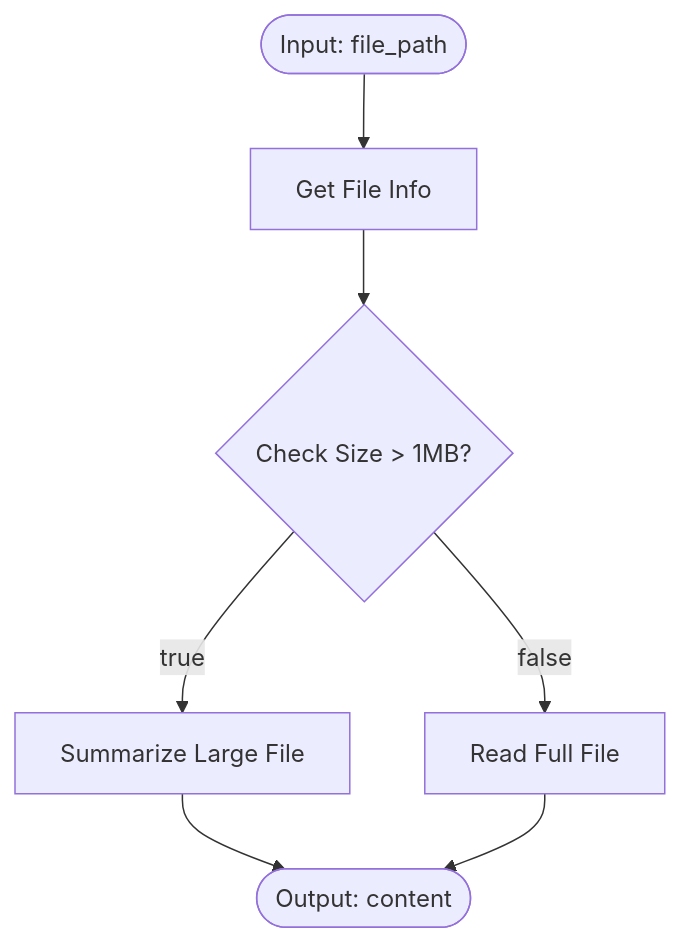
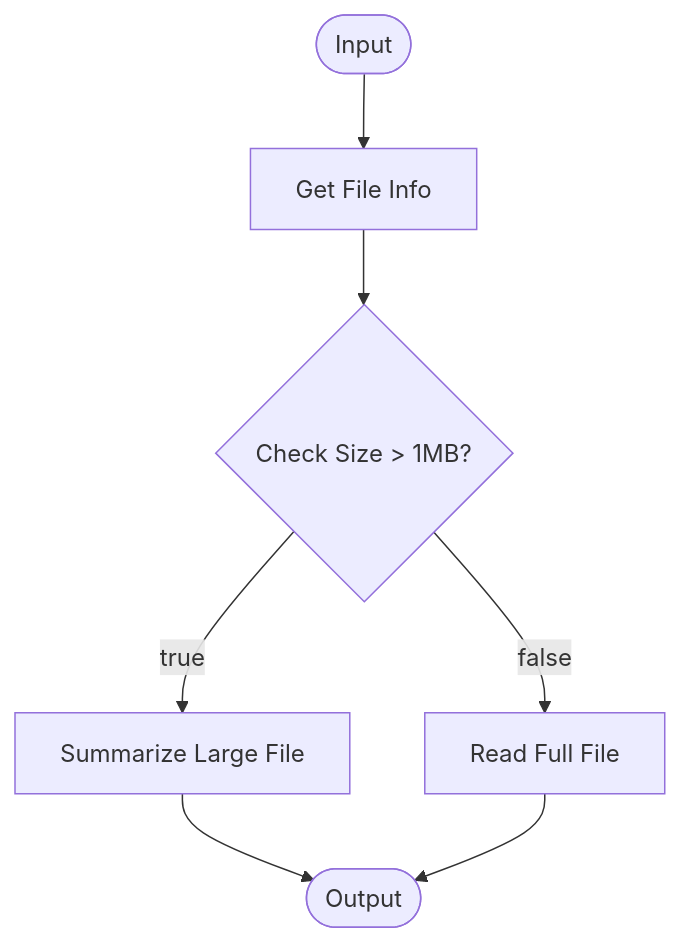
The fourth of 5 diagrams in docs/guides/scheduler.md (AmreetKumarkhuntia/knik), drawn with Mermaid before and after one commit. The commit also changed other lines of this file and 28 other files, not shown here.

````diff
--- a/docs/guides/scheduler.md
+++ b/docs/guides/scheduler.md
@@ -80,9 +238,9 @@
 ```mermaid
 flowchart TD
-    Start([Input: file_path]) --> N1[Get File Info]
+    Start([Input]) --> N1[Get File Info]
     N1 --> N2{Check Size > 1MB?}
     N2 --> |true| N3[Summarize Large File]
     N2 --> |false| N4[Read Full File]
-    N3 --> End([Output: content])
+    N3 --> End([Output])
     N4 --> End
 ```
````
